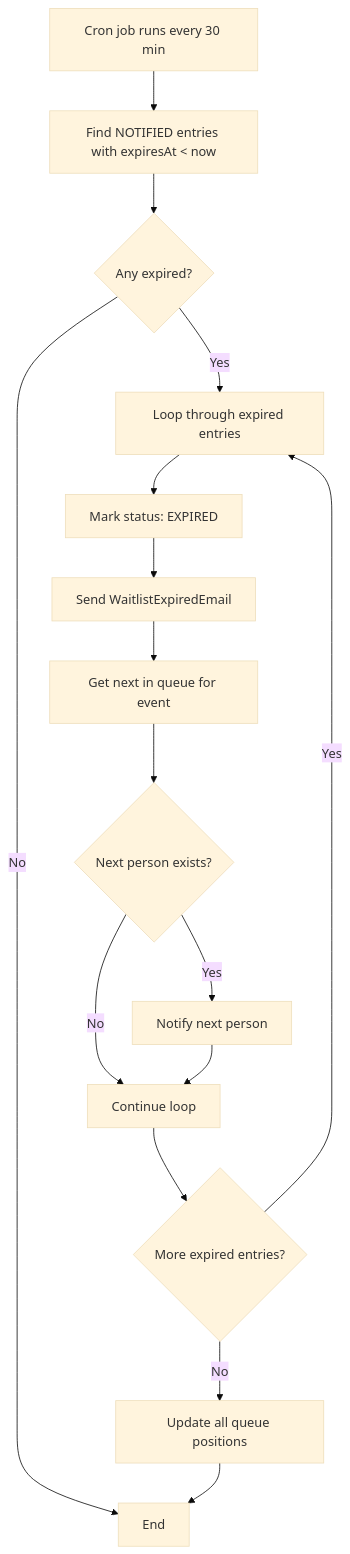
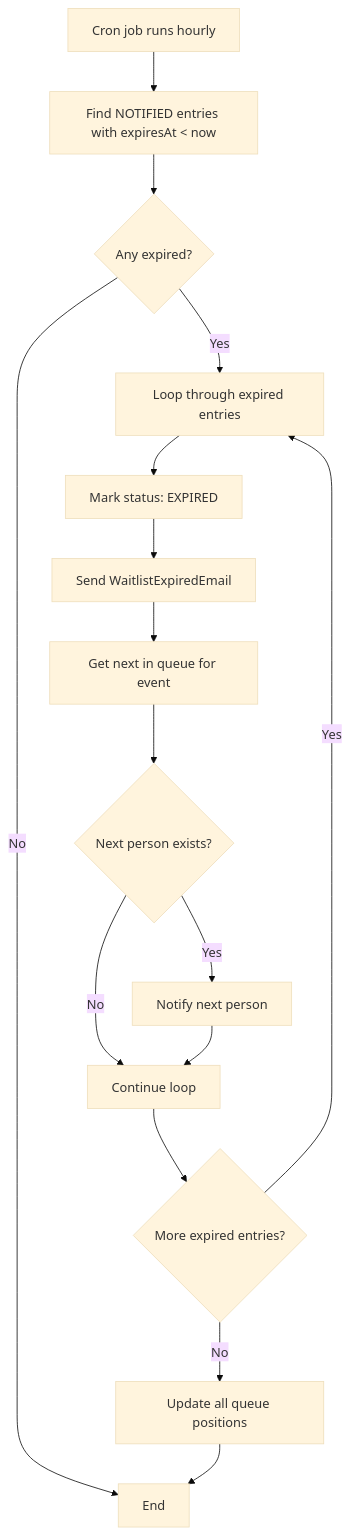
Before and after one commit to Practitionist/familiarise_web: the fourth of 7 diagrams in docs/features/waitlist-system.md, drawn with Mermaid (base theme). The commit also changed other lines of this file and 1 other file, not shown here.

````diff
--- a/docs/features/waitlist-system.md
+++ b/docs/features/waitlist-system.md
@@ -456,18 +456,18 @@
 ```mermaid
 flowchart TD
-    A[Cron job runs every 30 min] --> B[Find NOTIFIED entries with expiresAt < now]
+    A[Cron job runs hourly] --> B[Find NOTIFIED entries with expiresAt < now]
     B --> C{Any expired?}
     C -->|No| D[End]
     C -->|Yes| E[Loop through expired entries]
     E --> F[Mark status: EXPIRED]
     F --> G[Send WaitlistExpiredEmail]
     G --> H[Get next in queue for event]
     H --> I{Next person exists?}
     I -->|Yes| J[Notify next person]
     I -->|No| K[Continue loop]
     J --> K
     K --> L{More expired entries?}
     L -->|Yes| E
     L -->|No| M[Update all queue positions]
     M --> D
 ```
````
